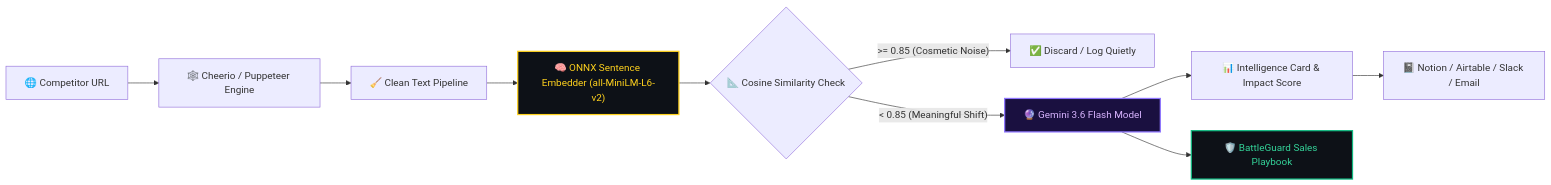
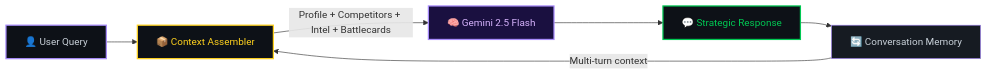
The third of 3 diagrams in README.md (NitheshK4/MIRA), drawn with Mermaid before and after one commit. The commit also changed other lines of this file, not shown here.

````diff
--- a/README.md
+++ b/README.md
@@ -158,16 +510,14 @@
 ```mermaid
-flowchart LR
-    URL["🌐 Competitor URL"] --> SCRAPE["🕸️ Cheerio / Puppeteer Engine"]
-    SCRAPE --> CLEAN["🧹 Clean Text Pipeline"]
-    CLEAN --> ONNX["🧠 ONNX Sentence Embedder (all-MiniLM-L6-v2)"]
-    ONNX --> COSINE{"📐 Cosine Similarity Check"}
-    COSINE -->|">= 0.85 (Cosmetic Noise)"| DISCARD["✅ Discard / Log Quietly"]
-    COSINE -->|"< 0.85 (Meaningful Shift)"| GEMINI["🔮 Gemini 3.6 Flash Model"]
-    GEMINI --> CARD["📊 Intelligence Card & Impact Score"]
-    GEMINI --> BG["🛡️ BattleGuard Sales Playbook"]
-    CARD --> CRM["📓 Notion / Airtable / Slack / Email"]
+graph LR
+    USER["👤 User Query"] --> CTX["📦 Context Assembler"]
+    CTX --> |"Profile + Competitors + Intel + Battlecards"| LLM["🧠 Gemini 2.5 Flash"]
+    LLM --> RESP["💬 Strategic Response"]
+    RESP --> CONV["🔄 Conversation Memory"]
+    CONV --> |"Multi-turn context"| CTX
 
-    style ONNX fill:#0d1117,stroke:#FFD21E,stroke-width:2px,color:#FFD21E
-    style GEMINI fill:#1a1040,stroke:#8E75FF,stroke-width:2px,color:#d8b4fe
-    style BG fill:#0d1117,stroke:#10B981,stroke-width:2px,color:#34D399
+    style USER fill:#0d1117,stroke:#A78BFA,stroke-width:2px,color:#c9d1d9
+    style CTX fill:#0d1117,stroke:#FFD21E,stroke-width:2px,color:#FFD21E
+    style LLM fill:#1a1040,stroke:#A78BFA,stroke-width:2px,color:#d8b4fe
+    style RESP fill:#0d1117,stroke:#00C853,stroke-width:2px,color:#00C853
+    style CONV fill:#161b22,stroke:#A78BFA,stroke-width:1px,color:#c9d1d9
 ```
````
